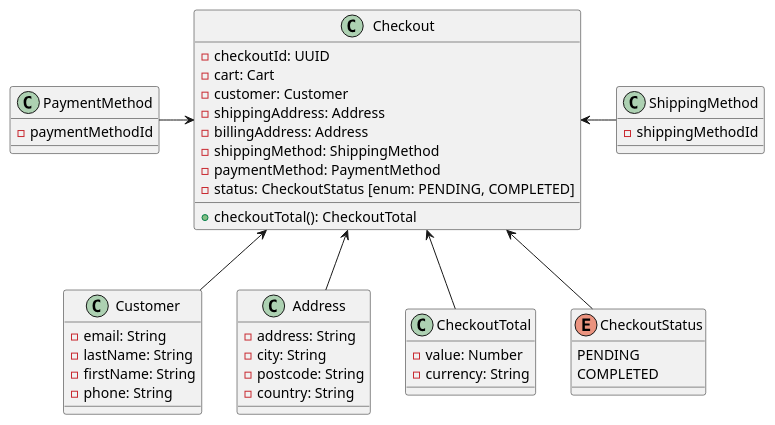
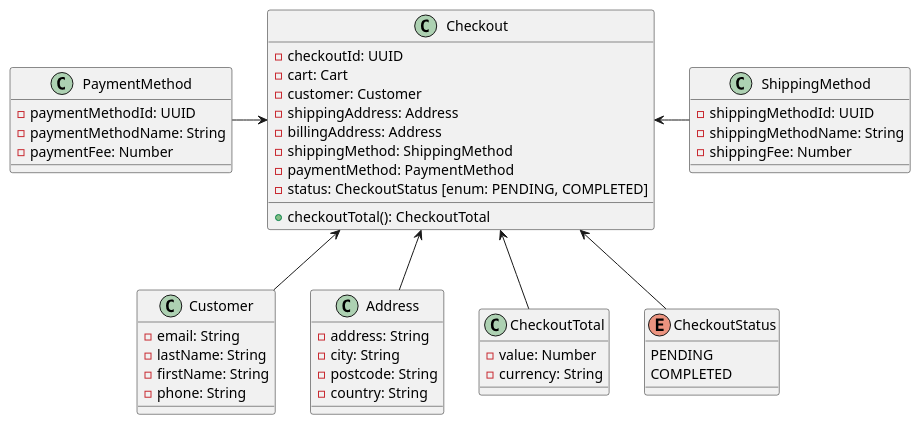
One commit to szabolaszlo/storefrontdemo changed the first of 2 diagrams in Checkout/App/docs/api.adoc. Above: the diagram before and after it, drawn with PlantUML.

Commit message:
plantuml update

```diff
--- a/Checkout/App/docs/api.adoc
+++ b/Checkout/App/docs/api.adoc
@@ -203,53 +203,57 @@
 [plantuml]
 ----
 class Checkout {
     - checkoutId: UUID
     - cart: Cart
     - customer: Customer
     - shippingAddress: Address
     - billingAddress: Address
     - shippingMethod: ShippingMethod
     - paymentMethod: PaymentMethod
     - status: CheckoutStatus [enum: PENDING, COMPLETED]
     + checkoutTotal(): CheckoutTotal
 }
 
 class Customer {
     - email: String
     - lastName: String
     - firstName: String
     - phone: String
 }
 
 class Address {
     - address: String
     - city: String
     - postcode: String
     - country: String
 }
 
 class ShippingMethod {
-    - shippingMethodId
+    - shippingMethodId: UUID
+    - shippingMethodName: String
+    - shippingFee: Number
 }
 
 class PaymentMethod {
-    - paymentMethodId
+    - paymentMethodId: UUID
+    - paymentMethodName: String
+    - paymentFee: Number
 }
 
 class CheckoutTotal {
     - value: Number
     - currency: String
 }
 
 enum CheckoutStatus {
     PENDING
     COMPLETED
 }
 
 Checkout <-- Customer
 Checkout <-- Address
 Checkout <- ShippingMethod
 PaymentMethod -> Checkout
 Checkout <-- CheckoutStatus
 Checkout <-- CheckoutTotal
 ----
```
